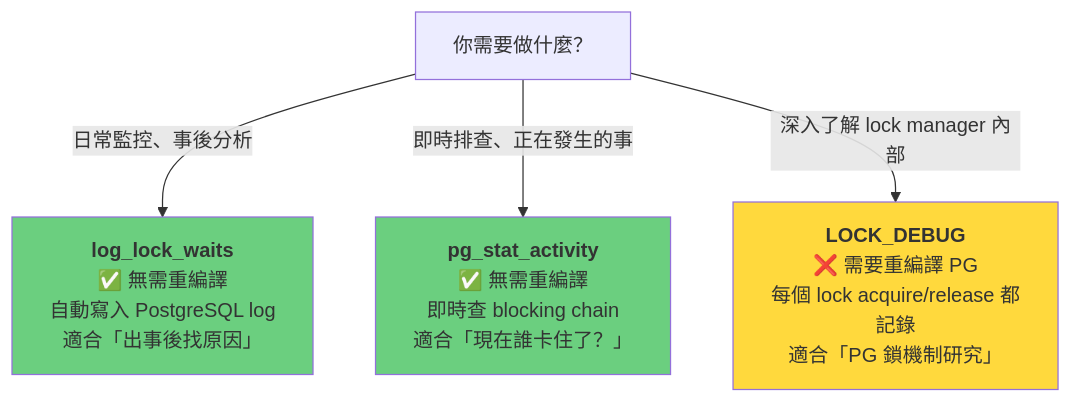
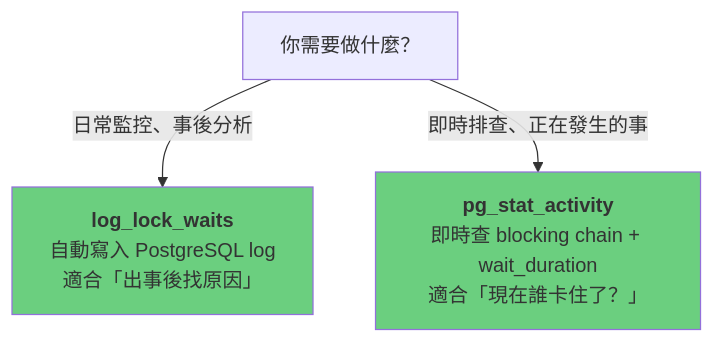
Before and after one commit to henry-tpwong/postgresql_note: the tenth of 30 diagrams in lock/PostgreSQL_Lock.md, drawn with Mermaid. The commit also changed other lines of this file, not shown here.

First line of the commit message:
docs(lock): 全面重构 PostgreSQL Lock 指南，新增行锁/表锁/NET8 等章节

````diff
--- a/lock/PostgreSQL_Lock.md
+++ b/lock/PostgreSQL_Lock.md
@@ -559,11 +841,9 @@
 ```mermaid
 flowchart TD
     Q["你需要做什麼？"]
-    Q -->|"日常監控、事後分析"| L1["<b>log_lock_waits</b><br/>✅ 無需重編譯<br/>自動寫入 PostgreSQL log<br/>適合「出事後找原因」"]
-    Q -->|"即時排查、正在發生的事"| L2["<b>pg_stat_activity</b><br/>✅ 無需重編譯<br/>即時查 blocking chain<br/>適合「現在誰卡住了？」"]
-    Q -->|"深入了解 lock manager 內部"| L3["<b>LOCK_DEBUG</b><br/>❌ 需要重編譯 PG<br/>每個 lock acquire/release 都記錄<br/>適合「PG 鎖機制研究」"]
+    Q -->|"日常監控、事後分析"| L1["<b>log_lock_waits</b><br/>自動寫入 PostgreSQL log<br/>適合「出事後找原因」"]
+    Q -->|"即時排查、正在發生的事"| L2["<b>pg_stat_activity</b><br/>即時查 blocking chain + wait_duration<br/>適合「現在誰卡住了？」"]
 
     style L1 fill:#6bcf7f
     style L2 fill:#6bcf7f
-    style L3 fill:#ffd93d
 ```
````
